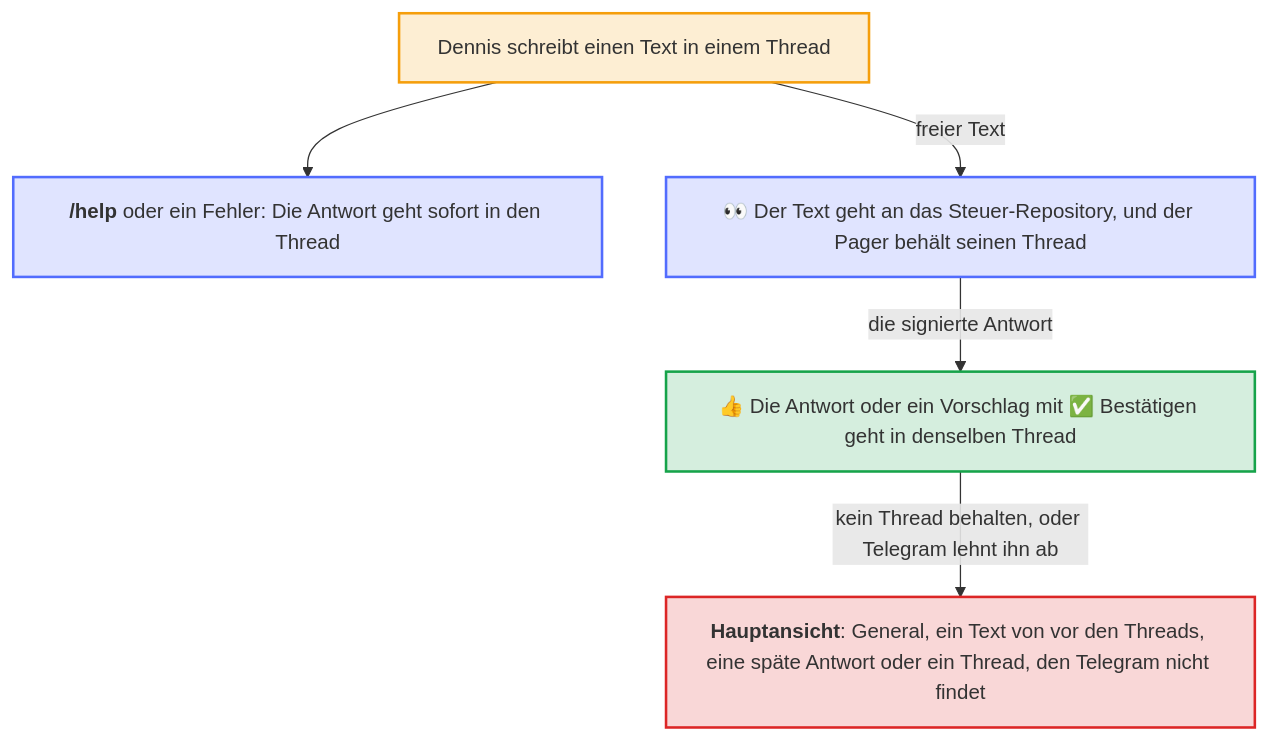
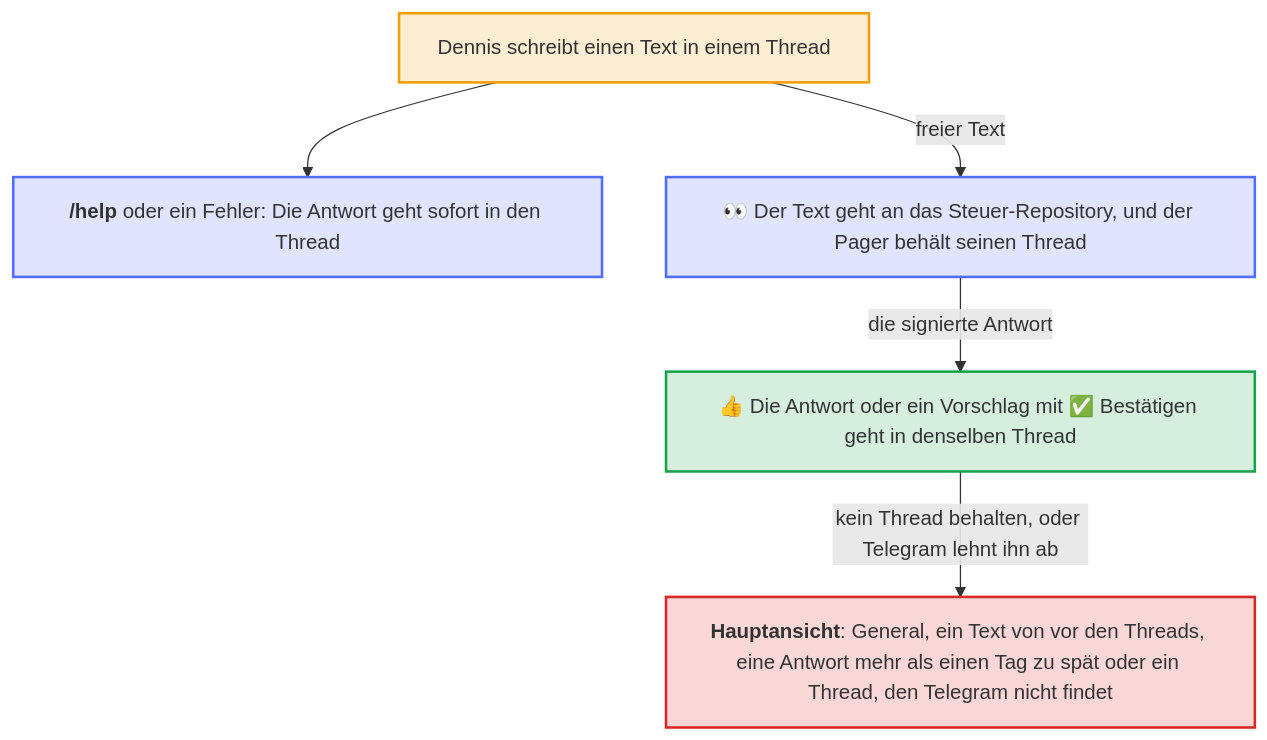
Before and after one commit to Dennis-Otto/dennis-otto-pager: the diagram in docs/diagrams/the-thread-of-an-answer.de.mmd, drawn with Mermaid. The commit also changed 11 other files, not shown here.

First line of the commit message:
fix: a late answer still goes into the thread of its text

```diff
--- a/docs/diagrams/the-thread-of-an-answer.de.mmd
+++ b/docs/diagrams/the-thread-of-an-answer.de.mmd
@@ -1,28 +1,28 @@
 ---
 config:
   flowchart:
     wrappingWidth: 400
 ---
 flowchart TB
     accTitle: Der Thread einer Antwort
-    accDescr: Dennis schreibt einen Text in einem Thread des Chats. Die Antwort auf /help oder ein Fehler geht sofort in diesen Thread. Freier Text geht an das Steuer-Repository, und der Pager behält seinen Thread, solange er wartet. Die Antwort des Steuer-Repositorys, eine Notiz, ein Fehlschlag oder ein Vorschlag mit seinem Knopf Bestätigen, geht in denselben Thread. General, ein Text von vor den Threads, eine späte Antwort und ein Thread, den Telegram nicht findet, bekommen ihre in der Hauptansicht.
+    accDescr: Dennis schreibt einen Text in einem Thread des Chats. Die Antwort auf /help oder ein Fehler geht sofort in diesen Thread. Freier Text geht an das Steuer-Repository, und der Pager behält seinen Thread, solange er wartet. Die Antwort des Steuer-Repositorys, eine Notiz, ein Fehlschlag oder ein Vorschlag mit seinem Knopf Bestätigen, geht in denselben Thread. General, ein Text von vor den Threads, eine Antwort, die mehr als einen Tag zu spät kommt, und ein Thread, den Telegram nicht findet, bekommen ihre in der Hauptansicht.
 
     dennis["Dennis schreibt einen Text in einem Thread"]
     direct["`**/help** oder ein Fehler: Die Antwort geht sofort in den Thread`"]
     kept["`**👀** Der Text geht an das Steuer-Repository, und der Pager behält seinen Thread`"]
     answer["`**👍** Die Antwort oder ein Vorschlag mit ✅ Bestätigen geht in denselben Thread`"]
-    main["`**Hauptansicht**: General, ein Text von vor den Threads, eine späte Antwort oder ein Thread, den Telegram nicht findet`"]
+    main["`**Hauptansicht**: General, ein Text von vor den Threads, eine Antwort mehr als einen Tag zu spät oder ein Thread, den Telegram nicht findet`"]
 
     dennis --> direct
     dennis -- "freier Text" --> kept
     kept -- "die signierte Antwort" --> answer
     answer -- "kein Thread behalten, oder Telegram lehnt ihn ab" --> main
 
     classDef you fill:#f59e0b2e,stroke:#f59e0b,stroke-width:2px
     classDef bot fill:#526cfe2e,stroke:#526cfe,stroke-width:2px
     classDef done fill:#16a34a2e,stroke:#16a34a,stroke-width:2px
     classDef warn fill:#dc26262e,stroke:#dc2626,stroke-width:2px
     class dennis you
     class kept,direct bot
     class answer done
     class main warn
```
